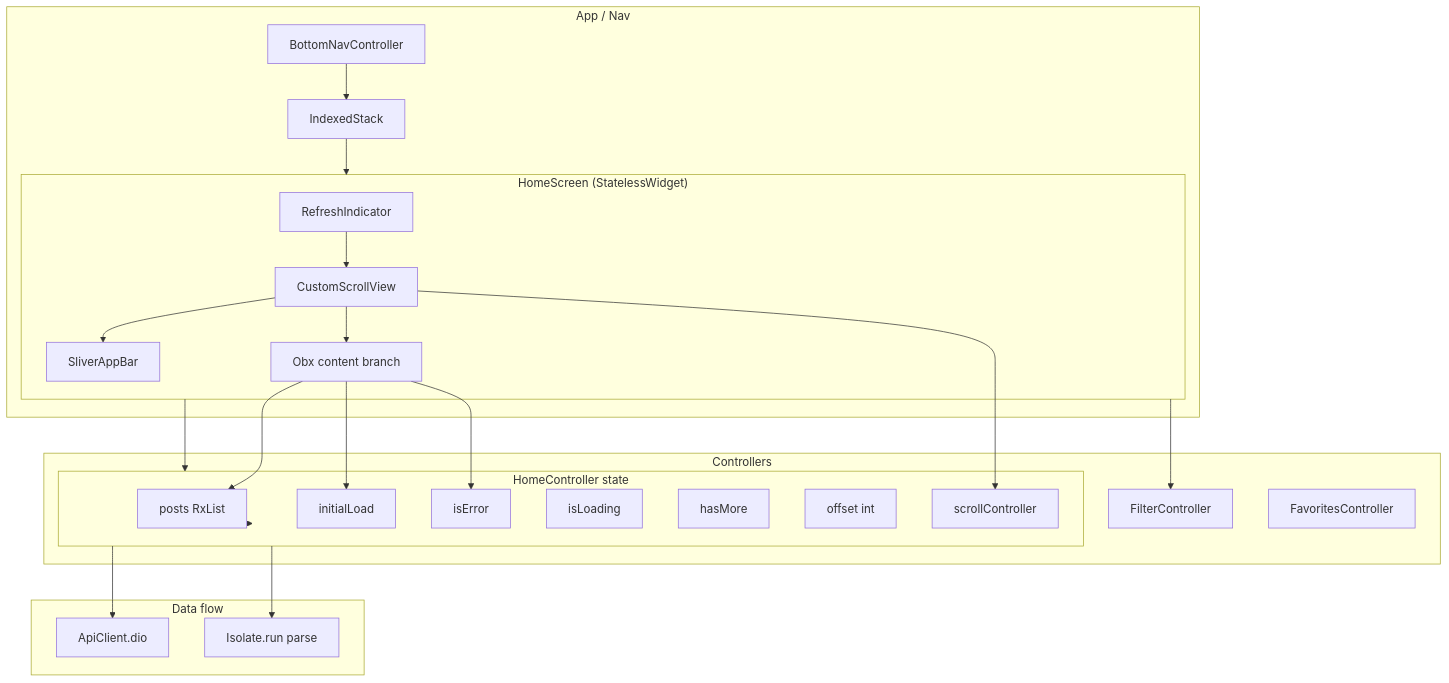
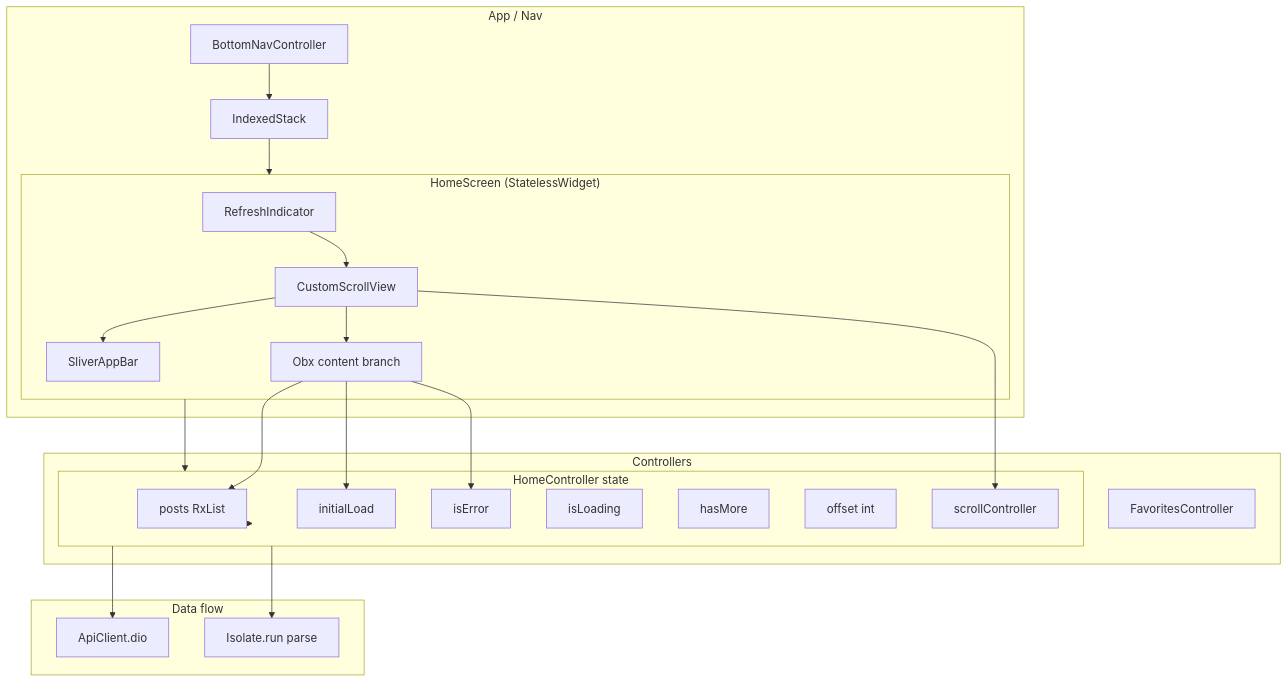
One commit to tkmdevelopers/auto.tm-main changed the first of 4 diagrams in docs/HOME_SCREEN_ANALYSIS.md. Above: the diagram before and after it, drawn with Mermaid. The commit also changed other lines of this file and 10 other files, not shown here.

Commit message:
home screen optimization with docs

````diff
--- a/docs/HOME_SCREEN_ANALYSIS.md
+++ b/docs/HOME_SCREEN_ANALYSIS.md
@@ -11,50 +21,48 @@
 ```mermaid
 flowchart TB
   subgraph Entry["App / Nav"]
     NavController[BottomNavController]
     IndexedStack[IndexedStack]
     NavController --> IndexedStack
     IndexedStack --> HomeScreen[HomeScreen]
   end
 
   subgraph HomeScreen["HomeScreen (StatelessWidget)"]
     RefreshIndicator[RefreshIndicator]
     CustomScrollView[CustomScrollView]
     SliverAppBar[SliverAppBar]
     ObxContent[Obx content branch]
     RefreshIndicator --> CustomScrollView
     CustomScrollView --> SliverAppBar
     CustomScrollView --> ObxContent
   end
 
   subgraph Controllers["Controllers"]
     HomeController[HomeController]
-    FilterController[FilterController]
     FavoritesController[FavoritesController]
   end
 
   subgraph HomeController["HomeController state"]
     posts[posts RxList]
     initialLoad[initialLoad]
     isError[isError]
     isLoading[isLoading]
     hasMore[hasMore]
     offset[offset int]
     scrollController[scrollController]
   end
 
   subgraph DataFlow["Data flow"]
     ApiClient[ApiClient.dio]
     Isolate[Isolate.run parse]
   end
 
   HomeScreen --> HomeController
-  HomeScreen --> FilterController
   ObxContent --> posts
   ObxContent --> initialLoad
   ObxContent --> isError
   HomeController --> ApiClient
   HomeController --> Isolate
   HomeController --> posts
   CustomScrollView --> scrollController
 ```
````
